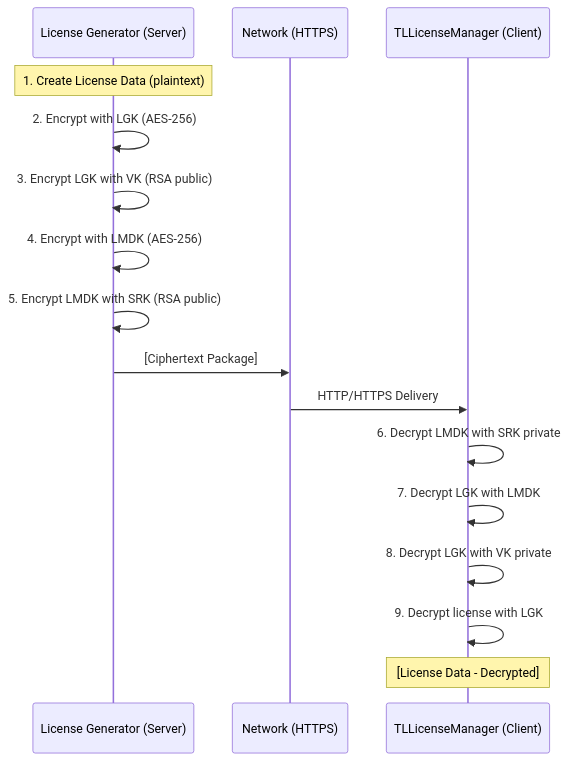
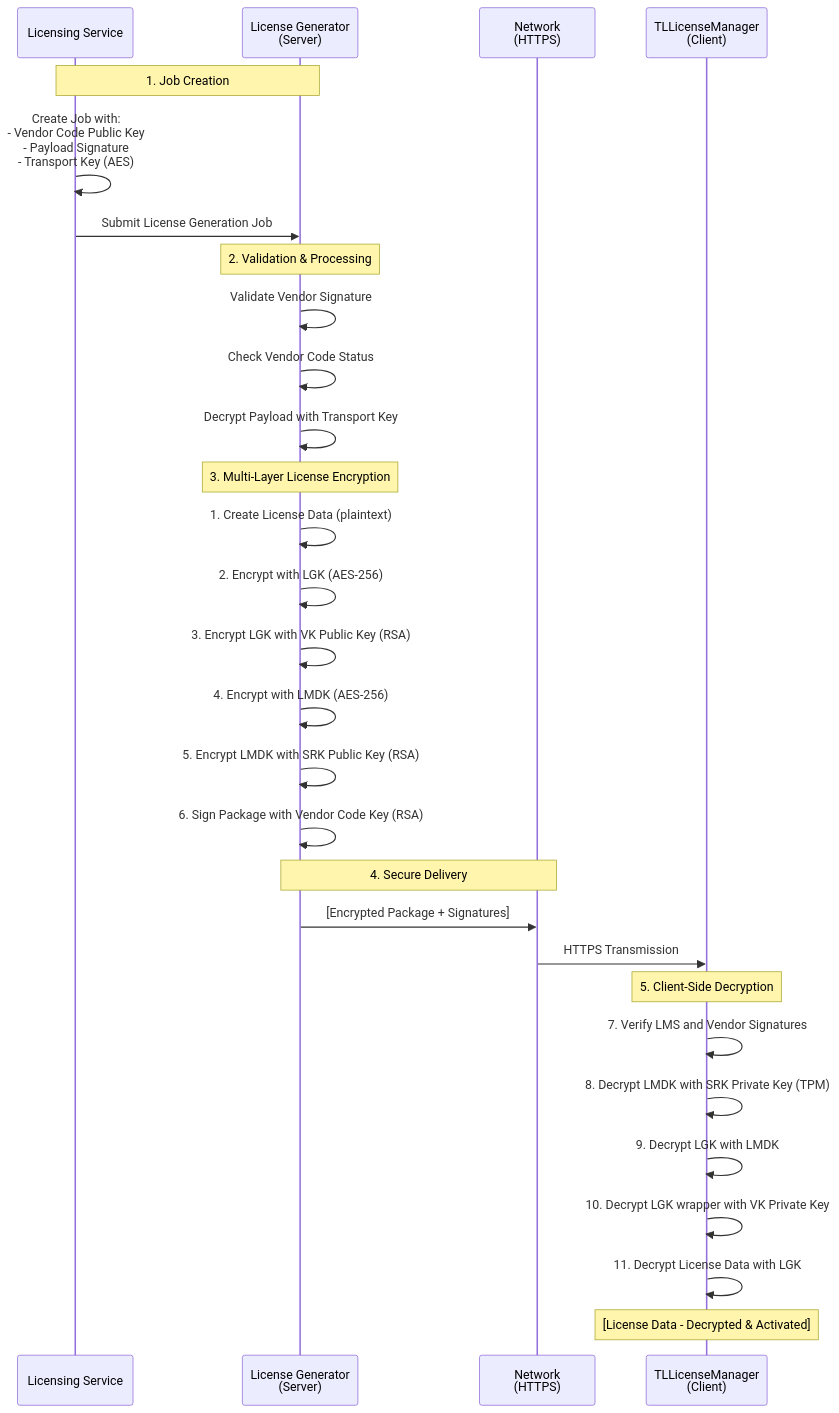
The third of 3 diagrams in Generated/Dev Overview/TrustedLicensing_Client_Security_Cryptography.md (mariobr/TL2_Documentation), drawn with Mermaid before and after one commit. The commit also changed other lines of this file and 6 other files, not shown here.

First line of the commit message:
Add documentation for License Generation workflow and flow diagram

````diff
--- a/Generated/Dev Overview/TrustedLicensing_Client_Security_Cryptography.md
+++ b/Generated/Dev Overview/TrustedLicensing_Client_Security_Cryptography.md
@@ -273,22 +406,37 @@
 ```mermaid
 sequenceDiagram
-    participant LG as License Generator (Server)
-    participant Net as Network (HTTPS)
-    participant TL as TLLicenseManager (Client)
+    participant LS as Licensing Service
+    participant LG as License Generator<br/>(Server)
+    participant Net as Network<br/>(HTTPS)
+    participant TL as TLLicenseManager<br/>(Client)
     
-    Note over LG: 1. Create License Data (plaintext)
+    Note over LS,LG: 1. Job Creation
+    LS->>LS: Create Job with:<br/>- Vendor Code Public Key<br/>- Payload Signature<br/>- Transport Key (AES)
+    LS->>LG: Submit License Generation Job
+    
+    Note over LG: 2. Validation & Processing
+    LG->>LG: Validate Vendor Signature
+    LG->>LG: Check Vendor Code Status
+    LG->>LG: Decrypt Payload with Transport Key
+    
+    Note over LG: 3. Multi-Layer License Encryption
+    LG->>LG: 1. Create License Data (plaintext)
     LG->>LG: 2. Encrypt with LGK (AES-256)
-    LG->>LG: 3. Encrypt LGK with VK (RSA public)
+    LG->>LG: 3. Encrypt LGK with VK Public Key (RSA)
     LG->>LG: 4. Encrypt with LMDK (AES-256)
-    LG->>LG: 5. Encrypt LMDK with SRK (RSA public)
+    LG->>LG: 5. Encrypt LMDK with SRK Public Key (RSA)
+    LG->>LG: 6. Sign Package with Vendor Code Key (RSA)
     
-    LG->>Net: [Ciphertext Package]
-    Net->>TL: HTTP/HTTPS Delivery
+    Note over LG,Net: 4. Secure Delivery
+    LG->>Net: [Encrypted Package + Signatures]
+    Net->>TL: HTTPS Transmission
     
-    TL->>TL: 6. Decrypt LMDK with SRK private
-    TL->>TL: 7. Decrypt LGK with LMDK
-    TL->>TL: 8. Decrypt LGK with VK private
-    TL->>TL: 9. Decrypt license with LGK
+    Note over TL: 5. Client-Side Decryption
+    TL->>TL: 7. Verify LMS and Vendor Signatures
+    TL->>TL: 8. Decrypt LMDK with SRK Private Key (TPM)
+    TL->>TL: 9. Decrypt LGK with LMDK
+    TL->>TL: 10. Decrypt LGK wrapper with VK Private Key
+    TL->>TL: 11. Decrypt License Data with LGK
     
-    Note over TL: [License Data - Decrypted]
+    Note over TL: [License Data - Decrypted & Activated]
 ```
````
